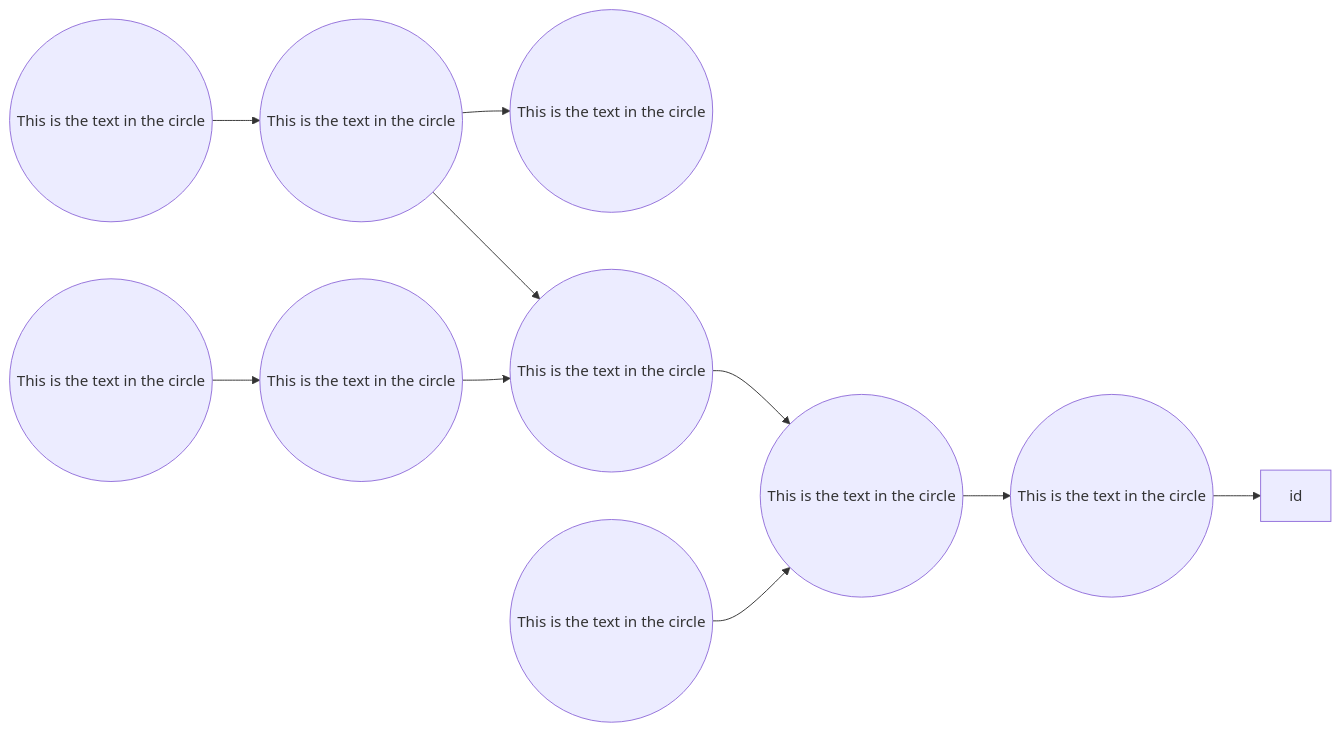
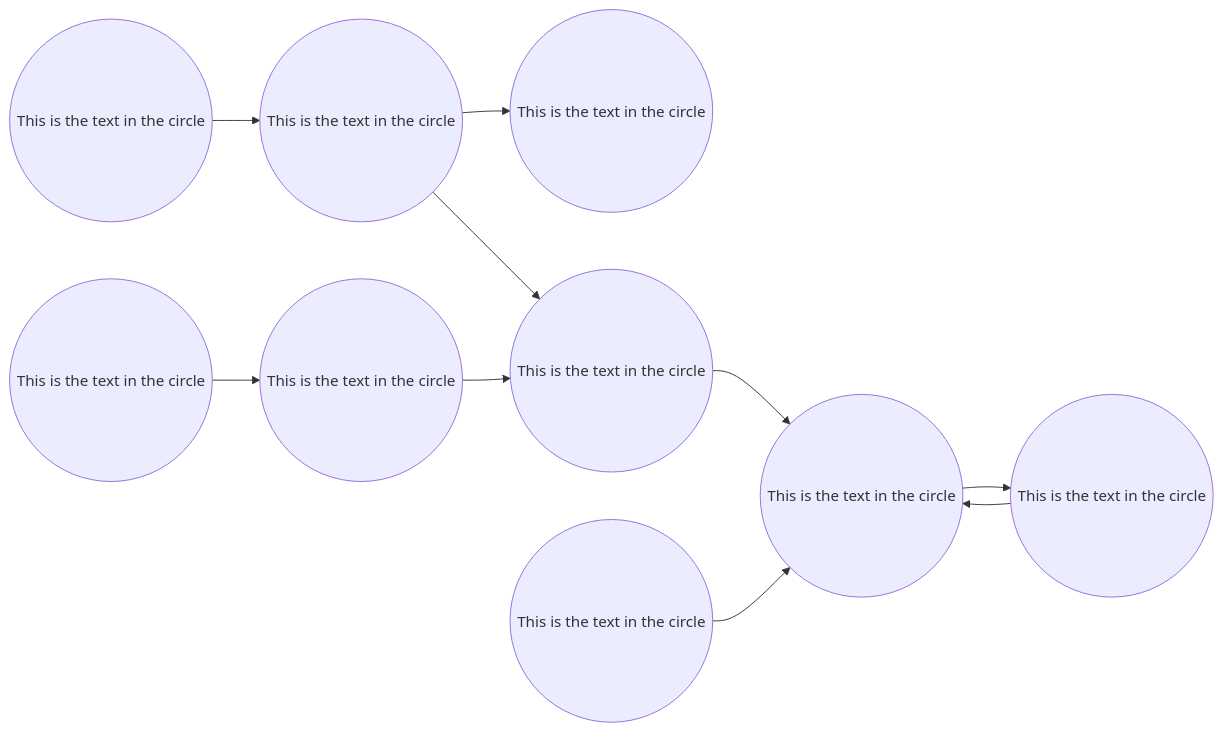
The second of 2 diagrams in slides.md (gerbssusd/dok), drawn with Mermaid before and after one commit.

````diff
--- a/slides.md
+++ b/slides.md
@@ -499,14 +499,14 @@
 ```mermaid {scale: .60}
 
 flowchart LR
     id1((This is the text in the circle)) -->
     id2((This is the text in the circle)) -->
     id3((This is the text in the circle))
        id3.1((This is the text in the circle))-->
        id3.2((This is the text in the circle))-->id4
    id2 --> id4((This is the text in the circle)) -->id6
     id5((This is the text in the circle)) -->
-    id6((This is the text in the circle)) -->id7-->id
+    id6((This is the text in the circle)) -->id7-->id6
     id7((This is the text in the circle))
 
 ```
````
